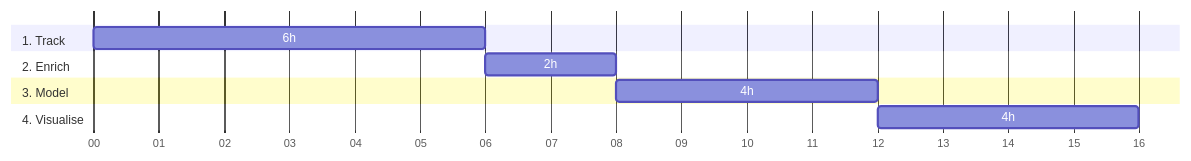
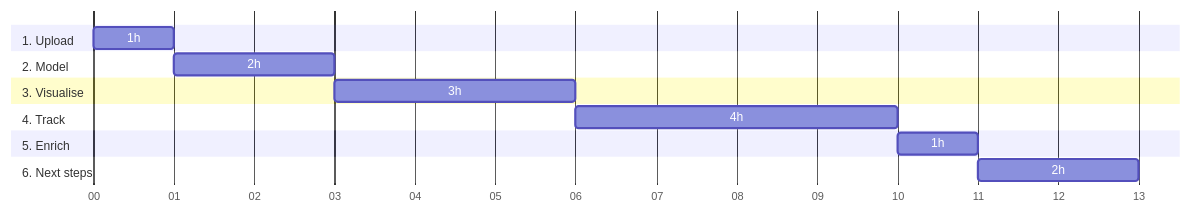
Before and after one commit to snowplow/advanced-analytics-web-accelerator: the diagram in content/_index.md, drawn with Mermaid. The commit also changed other lines of this file and 18 other files, not shown here.

```diff
--- a/content/_index.md
+++ b/content/_index.md
@@ -36,13 +38,18 @@
 {{<mermaid>}}
 gantt
         dateFormat  HH-mm
         axisFormat %M
-        section 1. Track
-        6h          :track, 00-00, 6m
-        section 2. Enrich
-        2h          :enrich, after track, 2m
-        section 3. Model
-        4h          :model, after enrich, 4m
-        section 4. Visualise
-        4h          :visaualise, after model, 4m
+        section 1. Upload
+        1h          :upload, 00-00, 1m
+        section 2. Model
+        2h          :model, after upload, 2m
+        section 3. Visualise
+        3h          :visualise, after model, 3m
+        section 4. Track
+        4h          :track, after visualise, 4m
+        section 5. Enrich
+        1h          :enrich, after track, 1m
+        section 6. Next steps
+        2h          :next steps, after enrich, 2m
+
 {{</mermaid >}}
```
